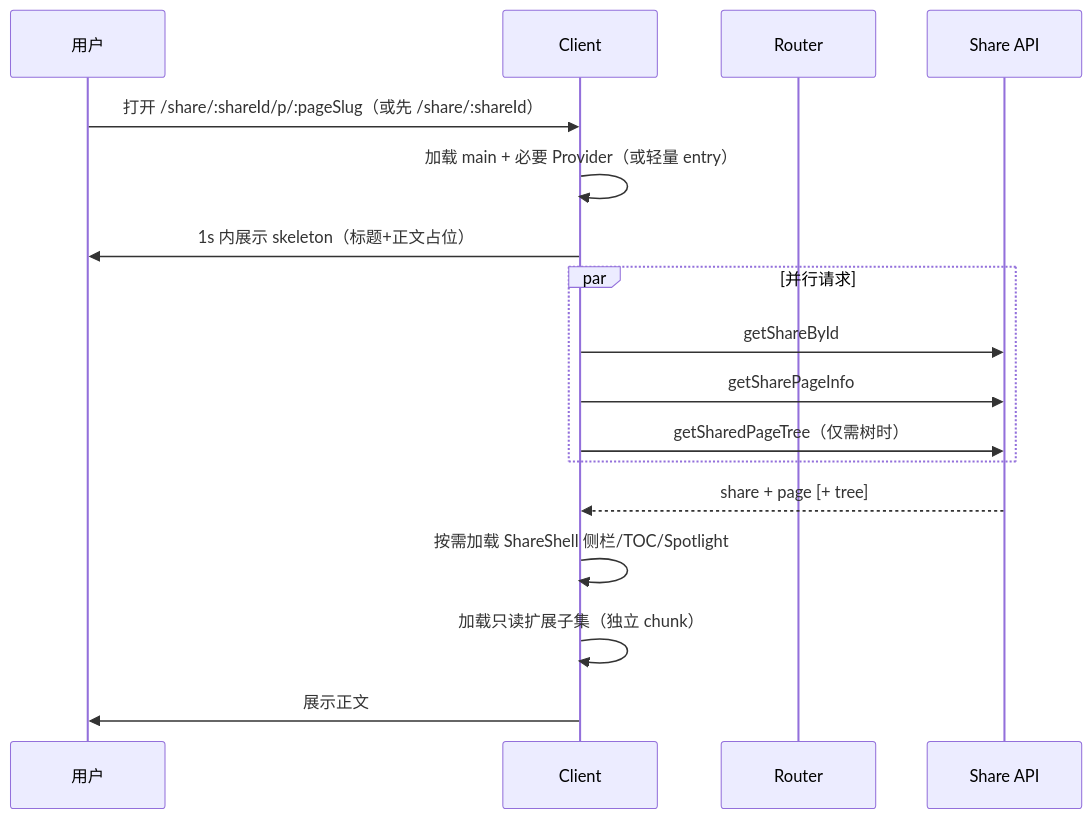
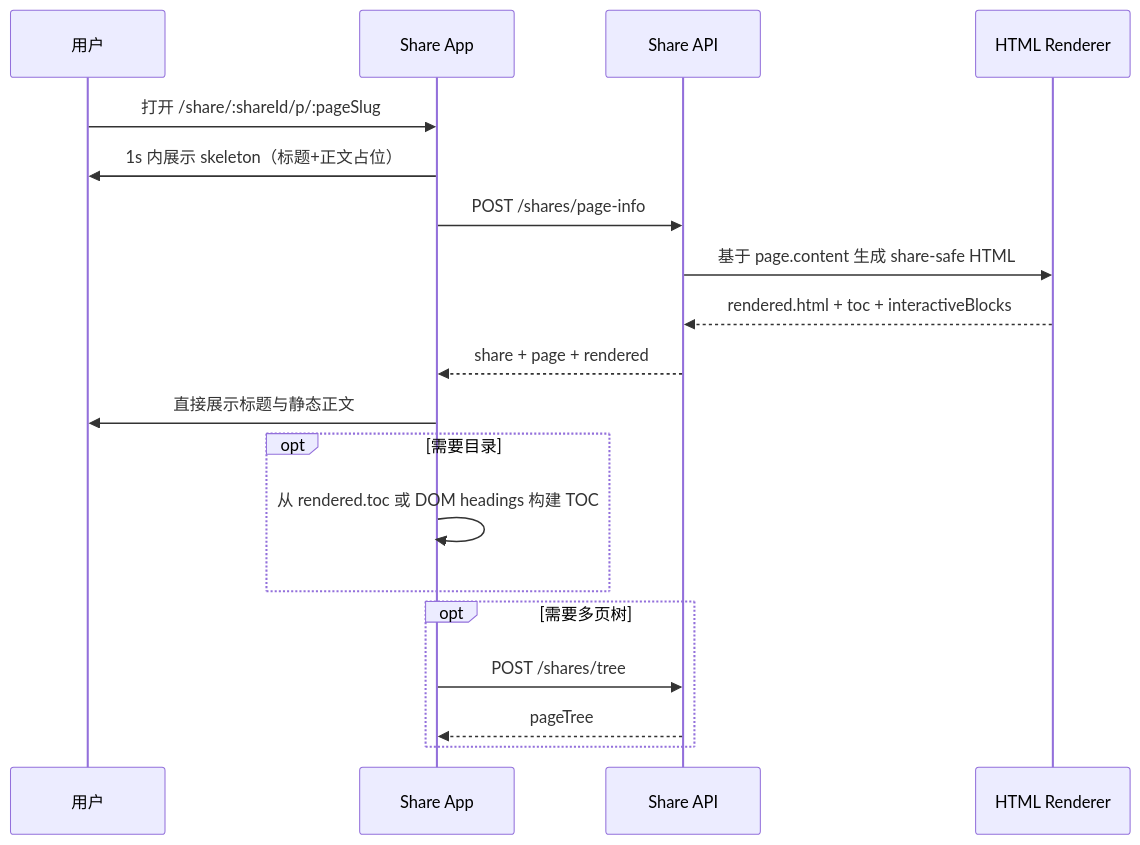
Before and after one commit to wushushuochanpin/docmost: the second of 5 diagrams in docs/prd/20260305_01_share-page-performance/05_时序与状态机.md, drawn with Mermaid. The commit also changed other lines of this file and 82 other files, not shown here.

First line of the commit message:
feat: share page performance (SSR/static) & share password expiry 30m

````diff
--- a/docs/prd/20260305_01_share-page-performance/05_时序与状态机.md
+++ b/docs/prd/20260305_01_share-page-performance/05_时序与状态机.md
@@ -43,20 +47,22 @@
 ```mermaid
 sequenceDiagram
     participant U as 用户
-    participant C as Client
-    participant R as Router
+    participant S as Share App
     participant API as Share API
+    participant H as HTML Renderer
 
-    U->>C: 打开 /share/:shareId/p/:pageSlug（或先 /share/:shareId）
-    C->>C: 加载 main + 必要 Provider（或轻量 entry）
-    C->>U: 1s 内展示 skeleton（标题+正文占位）
-    par 并行请求
-        C->>API: getShareById
-        C->>API: getSharePageInfo
-        C->>API: getSharedPageTree（仅需树时）
+    U->>S: 打开 /share/:shareId/p/:pageSlug
+    S->>U: 1s 内展示 skeleton（标题+正文占位）
+    S->>API: POST /shares/page-info
+    API->>H: 基于 page.content 生成 share-safe HTML
+    H-->>API: rendered.html + toc + interactiveBlocks
+    API-->>S: share + page + rendered
+    S->>U: 直接展示标题与静态正文
+    opt 需要目录
+        S->>S: 从 rendered.toc 或 DOM headings 构建 TOC
     end
-    API-->>C: share + page [+ tree]
-    C->>C: 按需加载 ShareShell 侧栏/TOC/Spotlight
-    C->>C: 加载只读扩展子集（独立 chunk）
-    C->>U: 展示正文
+    opt 需要多页树
+        S->>API: POST /shares/tree
+        API-->>S: pageTree
+    end
 ```
````
